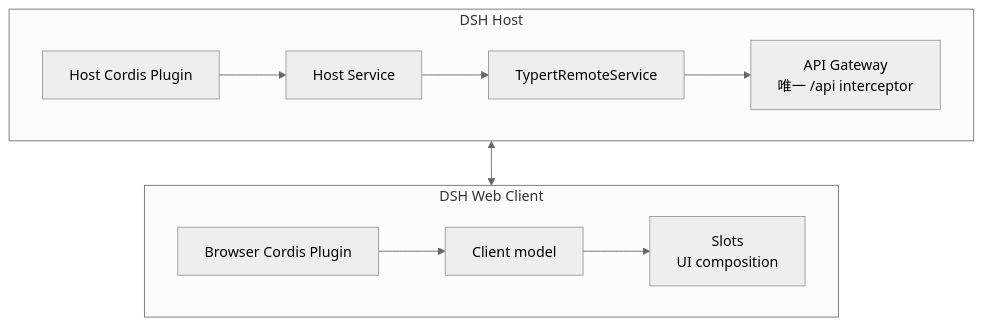
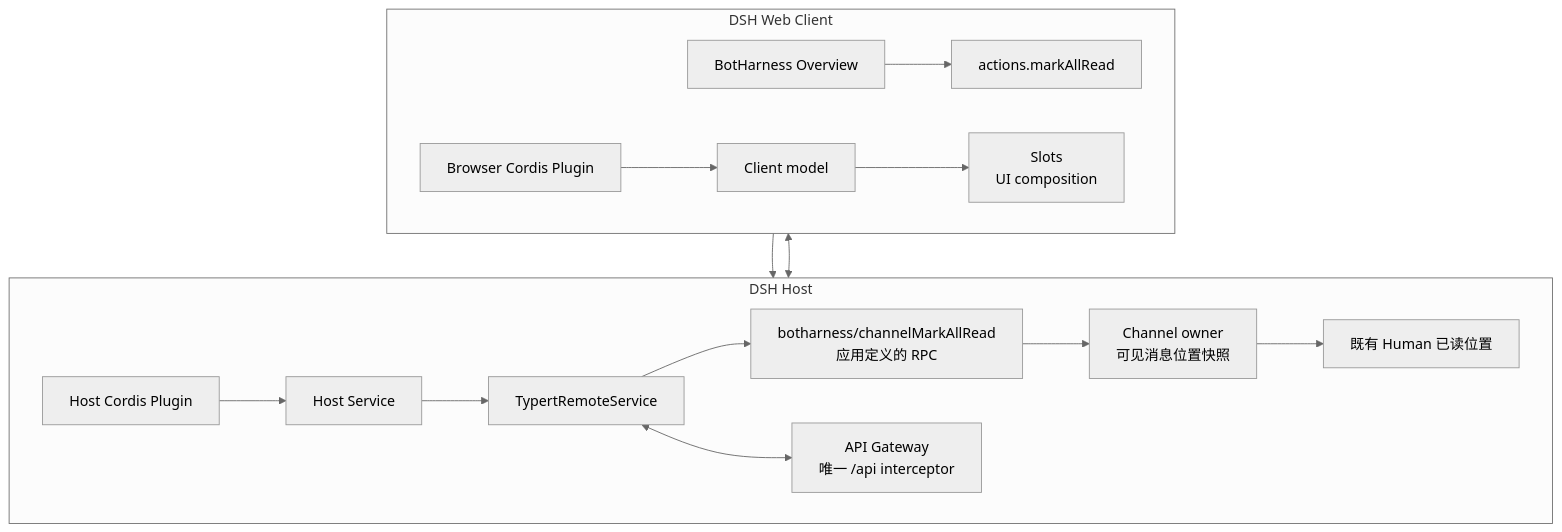
Before and after one commit to BotHarness/BotHarness: the diagram in docs/architecture/diagrams/09-dsh-host-client.mmd, drawn with Mermaid (neutral theme). The commit also changed 39 other files, not shown here.

First line of the commit message:
feat: prioritize Overview actions, unread and Channel statistics (#705) (#706)

```diff
--- a/docs/architecture/diagrams/09-dsh-host-client.mmd
+++ b/docs/architecture/diagrams/09-dsh-host-client.mmd
@@ -1,13 +1,18 @@
 flowchart TB
   subgraph Host["DSH Host"]
     direction LR
     HostPlugin["Host Cordis Plugin"] --> Service["Host Service"]
     Service --> Remote["TypertRemoteService"]
-    Remote --> Gateway["API Gateway<br/>唯一 /api interceptor"]
+    ReadRPC["botharness/channelMarkAllRead<br/>应用定义的 RPC"] --> Channels["Channel owner<br/>可见消息位置快照"]
+    Channels --> ReadPositions["既有 Human 已读位置"]
+    Remote <--> Gateway["API Gateway<br/>唯一 /api interceptor"]
   end
   subgraph Browser["DSH Web Client"]
     direction LR
     ClientPlugin["Browser Cordis Plugin"] --> Model["Client model"]
+    Overview["BotHarness Overview"] --> ReadAction["actions.markAllRead"]
     Model --> Slots["Slots<br/>UI composition"]
   end
   Gateway <--> Model
+  ReadAction --> Gateway
+  Remote --> ReadRPC
```
